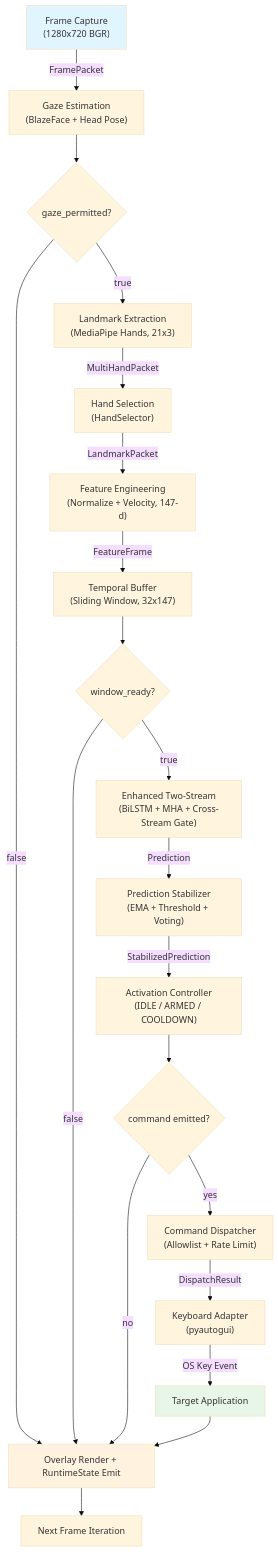
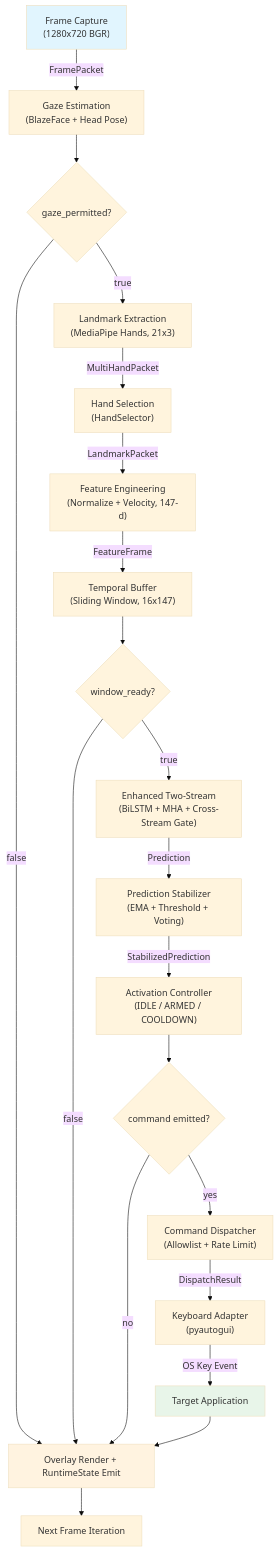
The first of 2 diagrams in docs/architecture/data-flow.md (ntsrigaud/Maestro), drawn with Mermaid (base theme) before and after one commit. The commit also changed other lines of this file, not shown here.

Commit message:
docs: update data flow with correct sliding-window buffer size of 16

````diff
--- a/docs/architecture/data-flow.md
+++ b/docs/architecture/data-flow.md
@@ -9,26 +9,26 @@
 ```mermaid
 graph TD
     A["Frame Capture<br/>(1280x720 BGR)"] -->|FramePacket| B["Gaze Estimation<br/>(BlazeFace + Head Pose)"]
     B --> Gz{"gaze_permitted?"}
     Gz -->|false| O["Overlay Render + RuntimeState Emit"]
     Gz -->|true| C["Landmark Extraction<br/>(MediaPipe Hands, 21x3)"]
     C -->|MultiHandPacket| Cs["Hand Selection<br/>(HandSelector)"]
     Cs -->|LandmarkPacket| D["Feature Engineering<br/>(Normalize + Velocity, 147-d)"]
-    D -->|FeatureFrame| E["Temporal Buffer<br/>(Sliding Window, 32x147)"]
+    D -->|FeatureFrame| E["Temporal Buffer<br/>(Sliding Window, 16x147)"]
     E --> Wr{"window_ready?"}
     Wr -->|false| O
     Wr -->|true| F["Enhanced Two-Stream<br/>(BiLSTM + MHA + Cross-Stream Gate)"]
     F -->|Prediction| G["Prediction Stabilizer<br/>(EMA + Threshold + Voting)"]
     G -->|StabilizedPrediction| H["Activation Controller<br/>(IDLE / ARMED / COOLDOWN)"]
     H --> Cm{"command emitted?"}
     Cm -->|no| O
     Cm -->|yes| I["Command Dispatcher<br/>(Allowlist + Rate Limit)"]
     I -->|DispatchResult| J["Keyboard Adapter<br/>(pyautogui)"]
     J -->|OS Key Event| K["Target Application"]
     K --> O
     O --> N["Next Frame Iteration"]
 
     style A fill:#e1f5fe
     style K fill:#e8f5e9
     style O fill:#fff3e0
 ```
````
